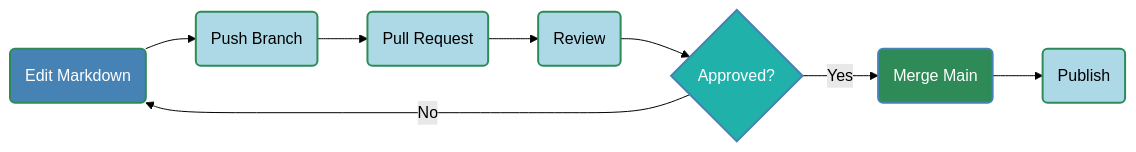
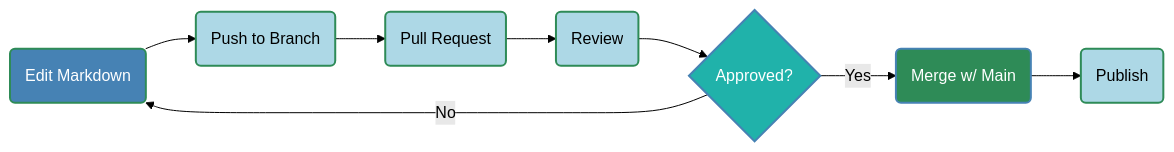
The ninth of 11 diagrams in README.md (buckeye43210/markdown-to-snowkb), drawn with Mermaid (forest theme) before and after one commit. The commit also changed other lines of this file, not shown here.

````diff
--- a/README.md
+++ b/README.md
@@ -463,18 +463,18 @@
 ```mermaid
 graph LR
-    A(Edit Markdown) --> B(Push Branch)
+    A(Edit Markdown) --> B(Push to Branch)
     B --> C(Pull Request)
     C --> D(Review)
     D --> E{Approved?}
-    E -->|Yes| F(Merge Main)
+    E -->|Yes| F(Merge w/ Main)
     E -->|No| A
     F --> G(Publish)
 
     style A fill:#4682B4,stroke:#2E8B57,stroke-width:2px,color:#FFFFFF
     style B fill:#ADD8E6,stroke:#2E8B57,stroke-width:2px
     style C fill:#ADD8E6,stroke:#2E8B57,stroke-width:2px
     style D fill:#ADD8E6,stroke:#2E8B57,stroke-width:2px
     style E fill:#20B2AA,stroke:#4682B4,stroke-width:2px,color:#FFFFFF
     style F fill:#2E8B57,stroke:#4682B4,stroke-width:2px,color:#FFFFFF
     style G fill:#ADD8E6,stroke:#2E8B57,stroke-width:2px
 ```
````
